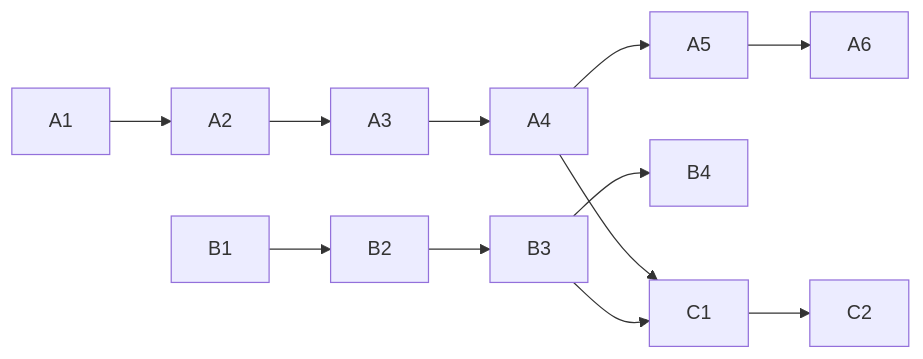
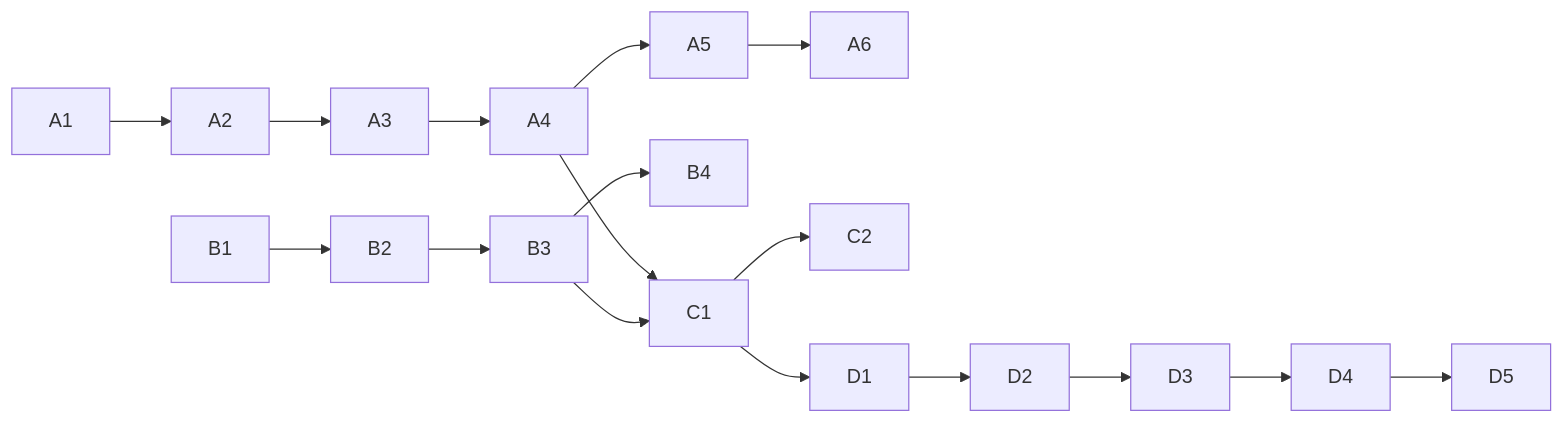
Before and after one commit to augustynski-lukasz/ytahd: the diagram in docs/PLAN.md, drawn with Mermaid. The commit also changed other lines of this file and 10 other files, not shown here.

````diff
--- a/docs/PLAN.md
+++ b/docs/PLAN.md
@@ -173,8 +246,9 @@
 ```mermaid
 graph LR
     A1 --> A2 --> A3 --> A4 --> A5 --> A6
     B1 --> B2 --> B3 --> B4
     A4 --> C1
     B3 --> C1
     C1 --> C2
+    C1 --> D1 --> D2 --> D3 --> D4 --> D5
 ```
````
